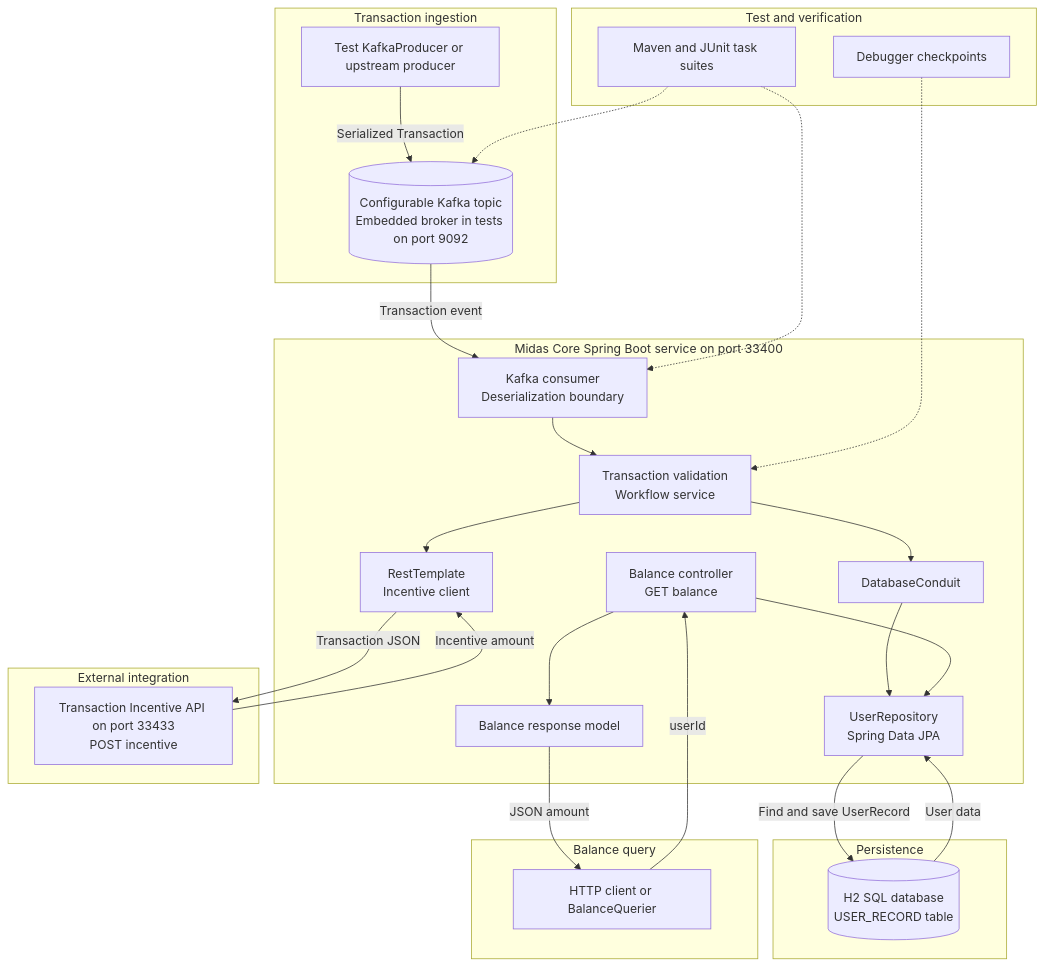
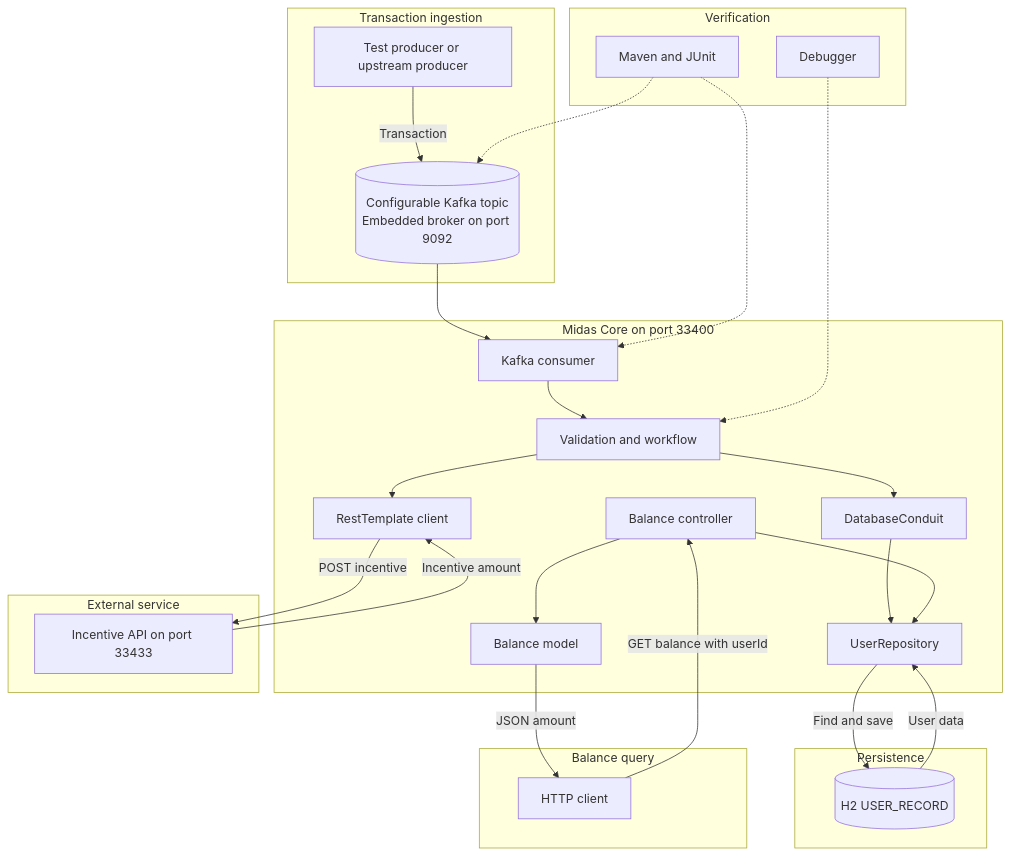
Before and after one commit to SidheshwarSarangal/forage-midas: the sixth of 6 diagrams in README.md, drawn with Mermaid. The commit also changed other lines of this file and 4 other files, not shown here.

````diff
--- a/README.md
+++ b/README.md
@@ -75,53 +95,53 @@
 ```mermaid
 flowchart TB
     subgraph Input[Transaction ingestion]
-        TP[Test KafkaProducer or upstream producer]
-        KT[(Configurable Kafka topic<br/>Embedded broker in tests on port 9092)]
-        TP -->|Serialized Transaction| KT
+        TP[Test producer or upstream producer]
+        KT[(Configurable Kafka topic<br/>Embedded broker on port 9092)]
+        TP -->|Transaction| KT
     end
 
-    subgraph Core[Midas Core Spring Boot service on port 33400]
-        KC[Kafka consumer<br/>Deserialization boundary]
-        VS[Transaction validation<br/>Workflow service]
-        IC[RestTemplate<br/>Incentive client]
+    subgraph Core[Midas Core on port 33400]
+        KC[Kafka consumer]
+        VS[Validation and workflow]
+        IC[RestTemplate client]
         DC[DatabaseConduit]
-        UR[UserRepository<br/>Spring Data JPA]
-        BC[Balance controller<br/>GET balance]
-        BM[Balance response model]
+        UR[UserRepository]
+        BC[Balance controller]
+        BM[Balance model]
 
         KC --> VS
         VS --> IC
         VS --> DC
         DC --> UR
         BC --> UR
         BC --> BM
     end
 
     subgraph Data[Persistence]
-        H2[(H2 SQL database<br/>USER_RECORD table)]
+        H2[(H2 USER_RECORD)]
     end
 
-    subgraph External[External integration]
-        IA[Transaction Incentive API on port 33433<br/>POST incentive]
+    subgraph External[External service]
+        IA[Incentive API on port 33433]
     end
 
     subgraph Query[Balance query]
-        Client[HTTP client or BalanceQuerier]
+        Client[HTTP client]
     end
 
-    KT -->|Transaction event| KC
-    IC -->|Transaction JSON| IA
+    KT --> KC
+    IC -->|POST incentive| IA
     IA -->|Incentive amount| IC
-    UR -->|Find and save UserRecord| H2
+    UR -->|Find and save| H2
     H2 -->|User data| UR
-    Client -->|userId| BC
+    Client -->|GET balance with userId| BC
     BM -->|JSON amount| Client
 
-    subgraph Verification[Test and verification]
-        MVN[Maven and JUnit task suites]
-        DBG[Debugger checkpoints]
+    subgraph Verification[Verification]
+        MVN[Maven and JUnit]
+        DBG[Debugger]
         MVN -.-> KC
         MVN -.-> KT
         DBG -.-> VS
     end
 ```
````
